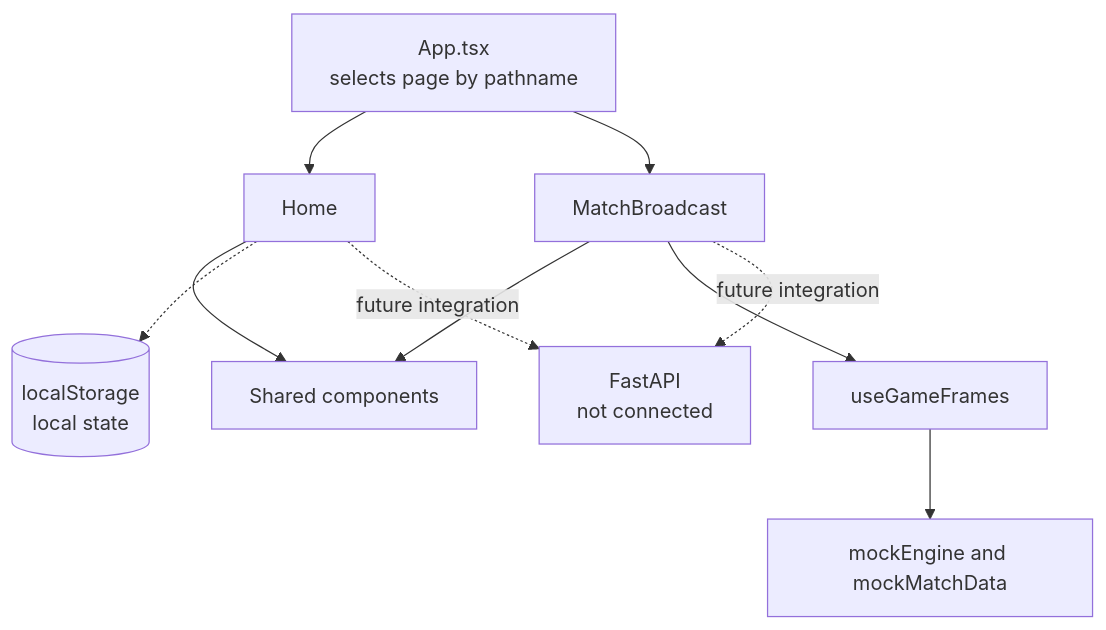
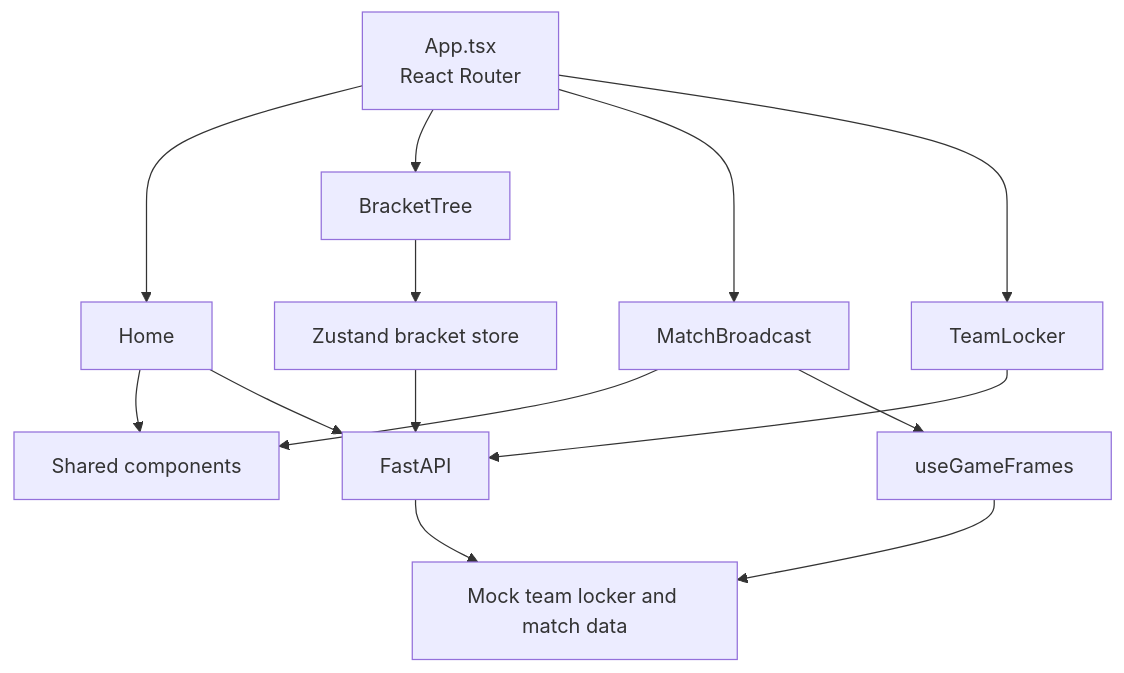
Before and after one commit to MatheuzRuf/Robo-Cestinha: the second of 6 diagrams in docs/ARCHITECTURE.md, drawn with Mermaid. The commit also changed other lines of this file and 36 other files, not shown here.

Commit message:
feat: integrate bracket tree with backend

````diff
--- a/docs/ARCHITECTURE.md
+++ b/docs/ARCHITECTURE.md
@@ -55,20 +56,24 @@
 ```mermaid
 flowchart TB
-    App[App.tsx<br/>selects page by pathname]
+    App[App.tsx<br/>React Router]
     Home[Home]
+    BracketTree[BracketTree]
     Broadcast[MatchBroadcast]
+    Locker[TeamLocker]
     Shared[Shared components]
     Hook[useGameFrames]
-    Mock[mockEngine and mockMatchData]
-    Storage[(localStorage<br/>local state)]
-    API[FastAPI<br/>not connected]
+    Mock[Mock team locker and match data]
+    Store[Zustand bracket store]
+    API[FastAPI]
 
     App --> Home
+    App --> BracketTree
     App --> Broadcast
+    App --> Locker
     Home --> Shared
     Broadcast --> Shared
     Broadcast --> Hook --> Mock
-    Home -.-> Storage
-    Home -. "future integration" .-> API
-    Broadcast -. "future integration" .-> API
+    BracketTree --> Store --> API
+    Locker --> API --> Mock
+    Home --> API
 ```
````
